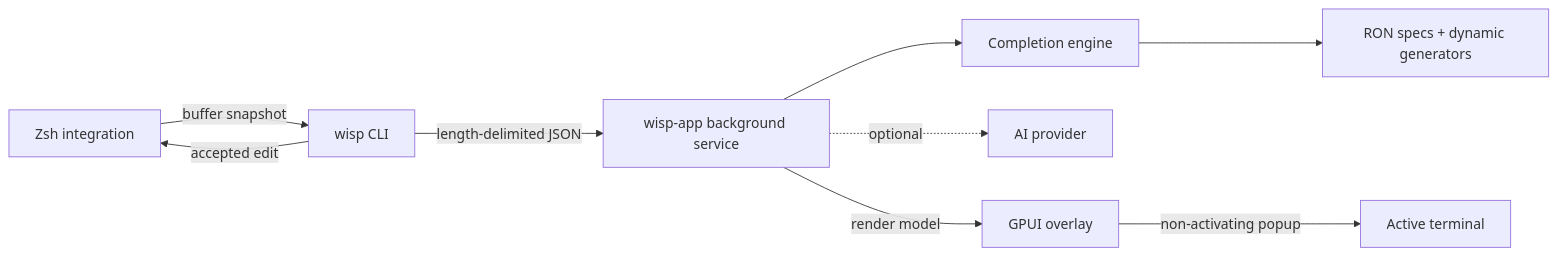
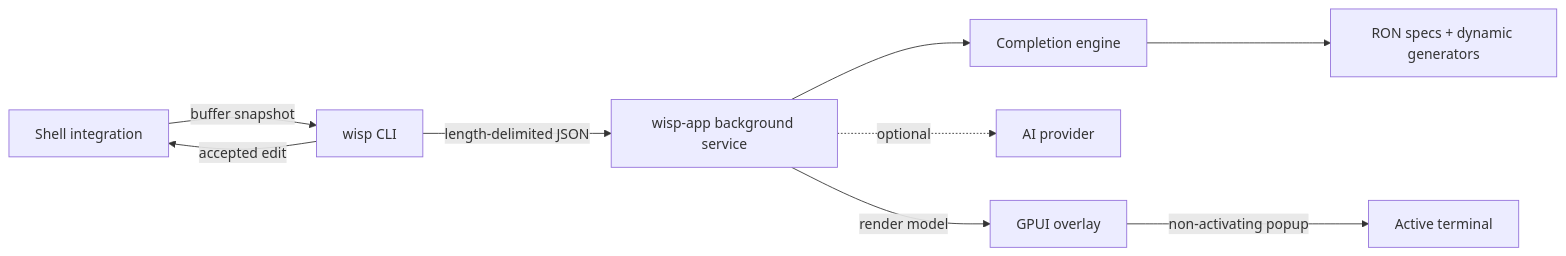
The diagram in README.md (yoogoc/wisp), drawn with Mermaid before and after one commit. The commit also changed other lines of this file and 7 other files, not shown here.

````diff
--- a/README.md
+++ b/README.md
@@ -145,11 +167,11 @@
 ```mermaid
 flowchart LR
-    Z[Zsh integration] -->|buffer snapshot| C[wisp CLI]
+    Z[Shell integration] -->|buffer snapshot| C[wisp CLI]
     C -->|length-delimited JSON| D[wisp-app background service]
     D --> E[Completion engine]
     D -. optional .-> A[AI provider]
     E --> S[RON specs + dynamic generators]
     D -->|render model| O[GPUI overlay]
     O -->|non-activating popup| T[Active terminal]
     C -->|accepted edit| Z
 ```
````
